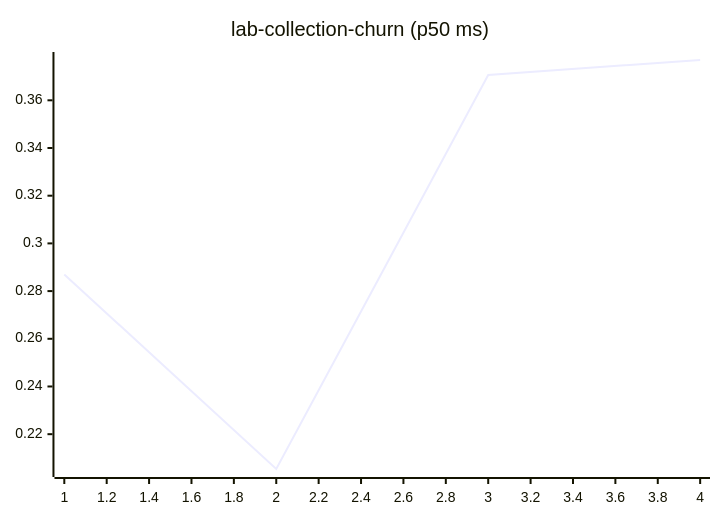
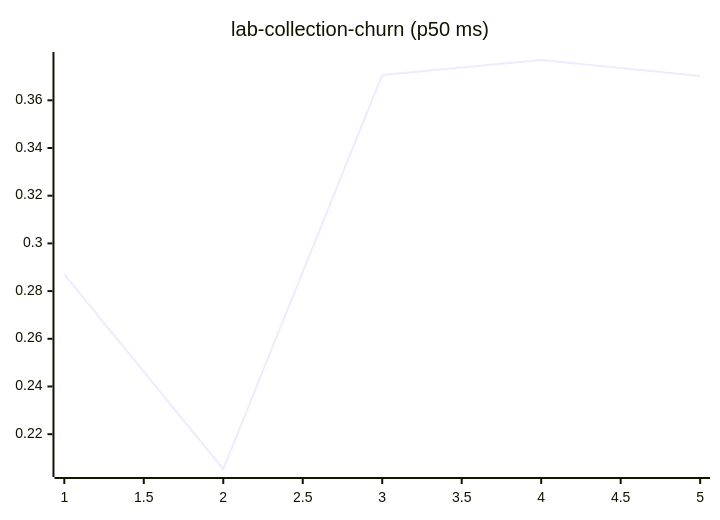
Diagram 11 of 27 in README.md (josha/Facet), drawn with Mermaid before and after one commit. The commit also changed other lines of this file and 2 other files, not shown here.

````diff
--- a/README.md
+++ b/README.md
@@ -133,6 +133,6 @@
 ```mermaid
 xychart-beta
     title "lab-collection-churn (p50 ms)"
-    x-axis 1 --> 4
-    line [0.2870, 0.2054, 0.3706, 0.3769]
+    x-axis 1 --> 5
+    line [0.2870, 0.2054, 0.3706, 0.3769, 0.3702]
 ```
````
